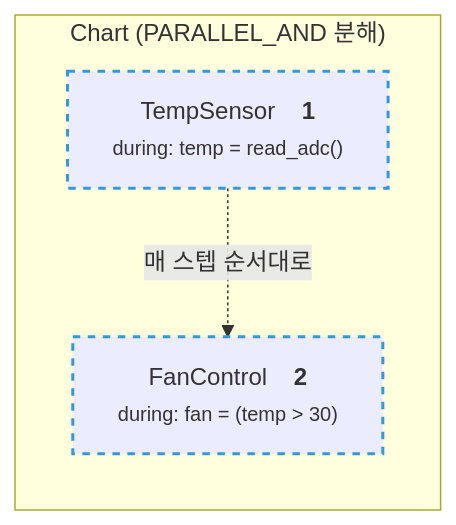
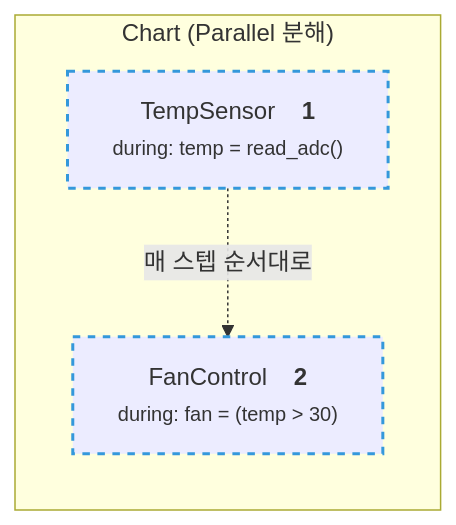
Before and after one commit to genie4youu/genie4youu.github.io: the first of 3 diagrams in _posts/2026-07-14-stateflow-parallel-and-is-not-simultaneous.md, drawn with Mermaid. The commit also changed other lines of this file and 12 other files, not shown here.

````diff
--- a/_posts/2026-07-14-stateflow-parallel-and-is-not-simultaneous.md
+++ b/_posts/2026-07-14-stateflow-parallel-and-is-not-simultaneous.md
@@ -39,12 +39,12 @@
 ```mermaid
 flowchart TB
-    subgraph Chart["Chart (PARALLEL_AND 분해)"]
+    subgraph Chart["Chart (Parallel 분해)"]
         direction TB
         A["TempSensor &nbsp;&nbsp;&nbsp;<b>1</b><br/><small>during: temp = read_adc()</small>"]
         B["FanControl &nbsp;&nbsp;&nbsp;<b>2</b><br/><small>during: fan = (temp > 30)</small>"]
     end
     A -.->|"매 스텝 순서대로"| B
 
     style A stroke:#3498db,stroke-width:2px,stroke-dasharray: 5 5
     style B stroke:#3498db,stroke-width:2px,stroke-dasharray: 5 5
 ```
````
